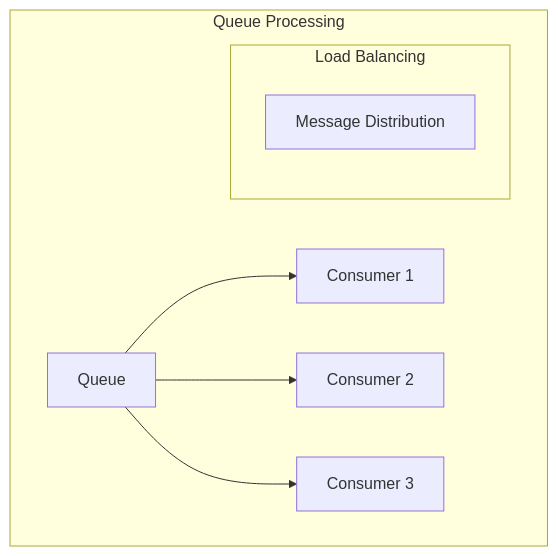
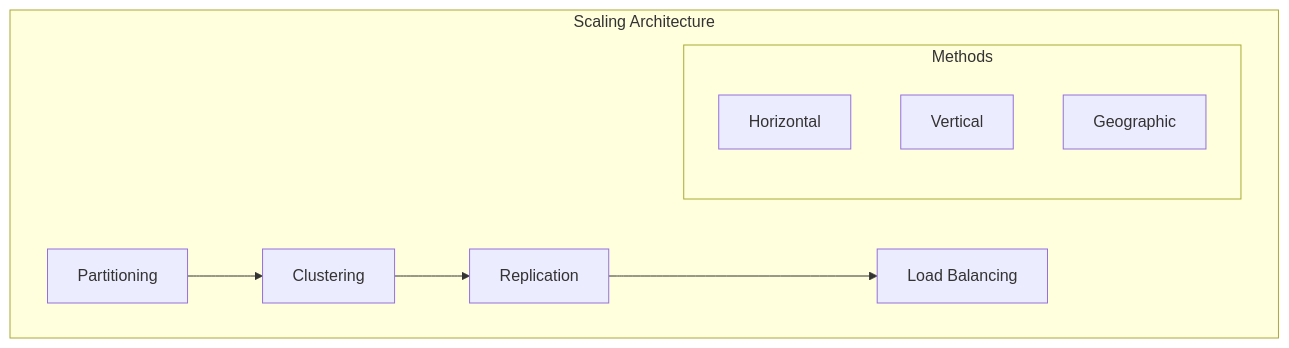
One commit to saravanakumarrc/Architecture_Journey changed the fifth of 7 diagrams in src/Message_Broker_Architectures.md. Above: the diagram before and after it, drawn with Mermaid. The commit also changed other lines of this file, not shown here.

Commit message:
Refactor Message Broker Architectures documentation for clarity and structure; enhance message properties, reliability patterns, performance optimization, and security frameworks.

````diff
--- a/src/Message_Broker_Architectures.md
+++ b/src/Message_Broker_Architectures.md
@@ -161,12 +178,14 @@
 ```mermaid
 graph TB
-    subgraph "Queue Processing"
-        Q[Queue] --> C1[Consumer 1]
-        Q --> C2[Consumer 2]
-        Q --> C3[Consumer 3]
+    subgraph "Scaling Architecture"
+        P[Partitioning] --> C[Clustering]
+        C --> R[Replication]
+        R --> L[Load Balancing]
         
-        subgraph "Load Balancing"
-            LB[Message Distribution]
+        subgraph "Methods"
+            HP[Horizontal]
+            VP[Vertical]
+            GEO[Geographic]
         end
     end
 ```
````
